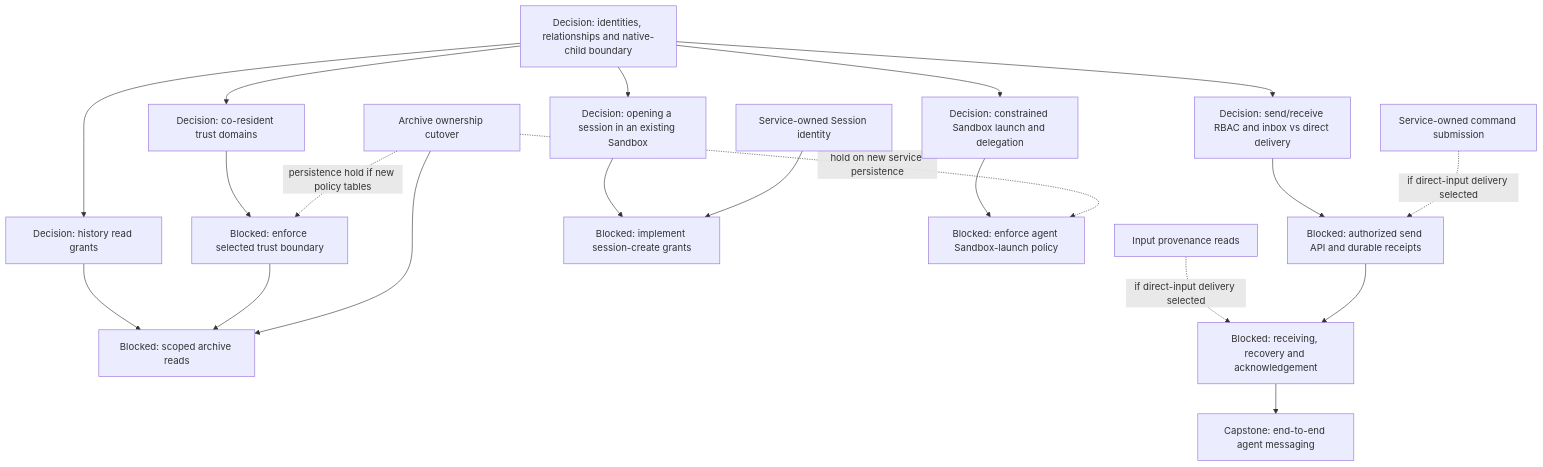
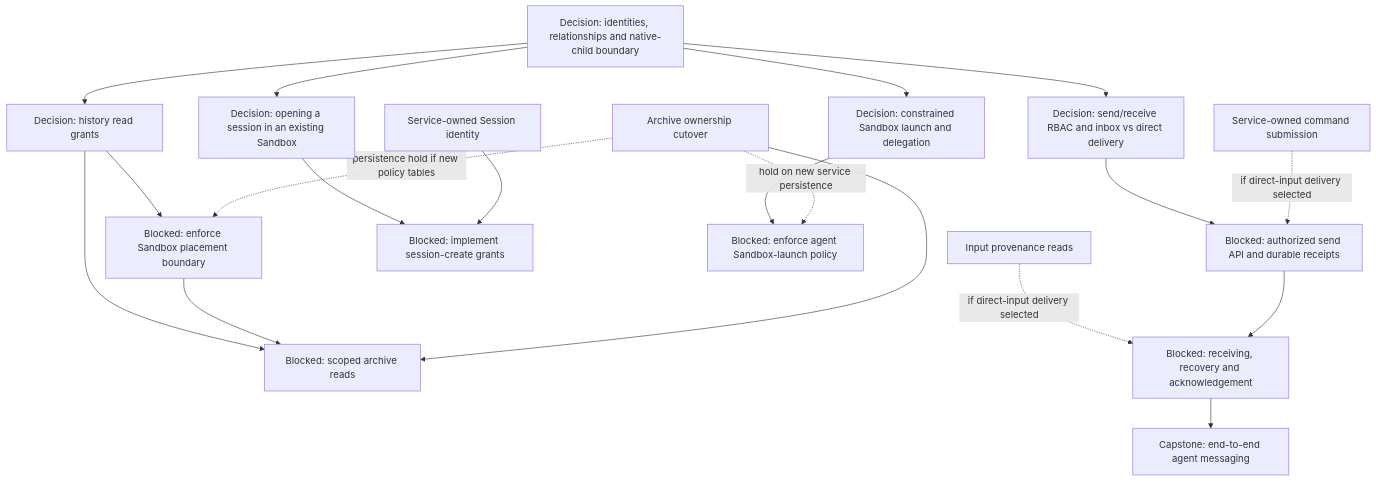
The fifth of 7 diagrams in agentplane/plans/task_dag.md (agentydragon-agent/ducktape), drawn with Mermaid before and after one commit. The commit also changed other lines of this file and 2 other files, not shown here.

Commit message:
Document Sandbox as the session isolation boundary

````diff
--- a/agentplane/plans/task_dag.md
+++ b/agentplane/plans/task_dag.md
@@ -354,36 +354,34 @@
 ```mermaid
 flowchart TD
     MULTIAGENT_MODEL[Decision: identities, relationships and native-child boundary]
     THREAD_READ_POLICY_DESIGN[Decision: history read grants]
-    SANDBOX_COMPARTMENT_DESIGN[Decision: co-resident trust domains]
-    SANDBOX_COMPARTMENT_BOUNDARY[Blocked: enforce selected trust boundary]
+    SANDBOX_COMPARTMENT_BOUNDARY[Blocked: enforce Sandbox placement boundary]
     THREAD_ARCHIVE_OWNERSHIP[Archive ownership cutover]
     THREAD_READ_POLICY[Blocked: scoped archive reads]
     AGENT_MESSAGING_DESIGN[Decision: send/receive RBAC and inbox vs direct delivery]
     AGENT_MESSAGE_INGRESS[Blocked: authorized send API and durable receipts]
     AGENT_MESSAGE_RECEPTION[Blocked: receiving, recovery and acknowledgement]
     AGENT_MESSAGING[Capstone: end-to-end agent messaging]
     THREAD_CREATE_POLICY[Decision: opening a session in an existing Sandbox]
     THREAD_CREATE_AUTHORIZATION[Blocked: implement session-create grants]
     AGENT_LAUNCH_POLICY_DESIGN[Decision: constrained Sandbox launch and delegation]
     AGENT_SANDBOX_LAUNCH[Blocked: enforce agent Sandbox-launch policy]
     MULTIAGENT_MODEL --> THREAD_READ_POLICY_DESIGN
-    MULTIAGENT_MODEL --> SANDBOX_COMPARTMENT_DESIGN
     MULTIAGENT_MODEL --> AGENT_MESSAGING_DESIGN
     MULTIAGENT_MODEL --> THREAD_CREATE_POLICY
     MULTIAGENT_MODEL --> AGENT_LAUNCH_POLICY_DESIGN
-    SANDBOX_COMPARTMENT_DESIGN --> SANDBOX_COMPARTMENT_BOUNDARY
+    THREAD_READ_POLICY_DESIGN --> SANDBOX_COMPARTMENT_BOUNDARY
     THREAD_READ_POLICY_DESIGN --> THREAD_READ_POLICY
     SANDBOX_COMPARTMENT_BOUNDARY --> THREAD_READ_POLICY
     THREAD_ARCHIVE_OWNERSHIP --> THREAD_READ_POLICY
     THREAD_ARCHIVE_OWNERSHIP -. persistence hold if new policy tables .-> SANDBOX_COMPARTMENT_BOUNDARY
     AGENT_MESSAGING_DESIGN --> AGENT_MESSAGE_INGRESS
     SESSION_COMMAND_SUBMISSION[Service-owned command submission] -. if direct-input delivery selected .-> AGENT_MESSAGE_INGRESS
     SESSION_INPUT_METADATA_READ[Input provenance reads] -. if direct-input delivery selected .-> AGENT_MESSAGE_RECEPTION
     AGENT_MESSAGE_INGRESS --> AGENT_MESSAGE_RECEPTION
     AGENT_MESSAGE_RECEPTION --> AGENT_MESSAGING
     THREAD_CREATE_POLICY --> THREAD_CREATE_AUTHORIZATION
     THREAD_IDENTITY_NEW[Service-owned Session identity] --> THREAD_CREATE_AUTHORIZATION
     AGENT_LAUNCH_POLICY_DESIGN --> AGENT_SANDBOX_LAUNCH
     THREAD_ARCHIVE_OWNERSHIP -. hold on new service persistence .-> AGENT_SANDBOX_LAUNCH
 ```
````
